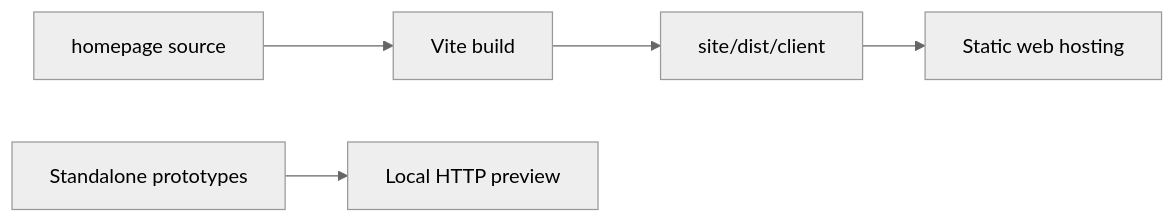
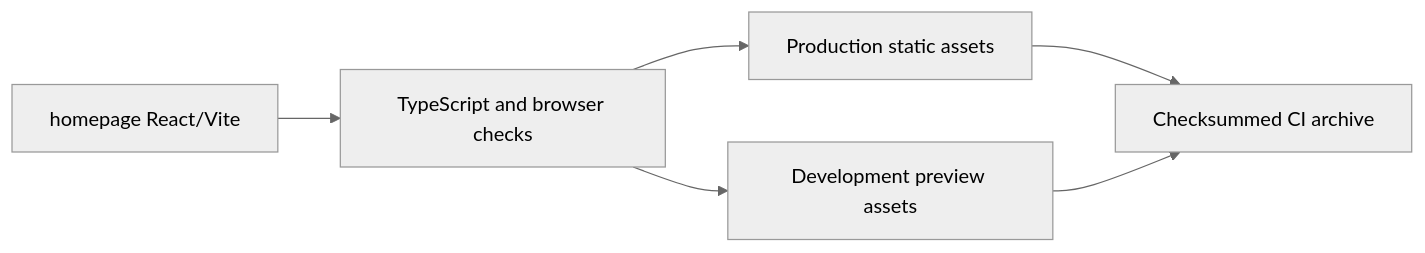
One commit to risense-ai/respire-site changed the diagram in README.md. Above: the diagram before and after it, drawn with Mermaid (neutral theme). The commit also changed other lines of this file and 51 other files, not shown here.

````diff
--- a/README.md
+++ b/README.md
@@ -5,7 +12,8 @@
 ```mermaid
 flowchart LR
-  Homepage[homepage source] --> Build[Vite build]
-  Build --> Static[site/dist/client]
-  Static --> Hosting[Static web hosting]
-  Prototypes[Standalone prototypes] --> Preview[Local HTTP preview]
+  Source[homepage React/Vite] --> Checks[TypeScript and browser checks]
+  Checks --> Site[Production static assets]
+  Checks --> Preview[Development preview assets]
+  Site --> Artifact[Checksummed CI archive]
+  Preview --> Artifact
 ```
````
